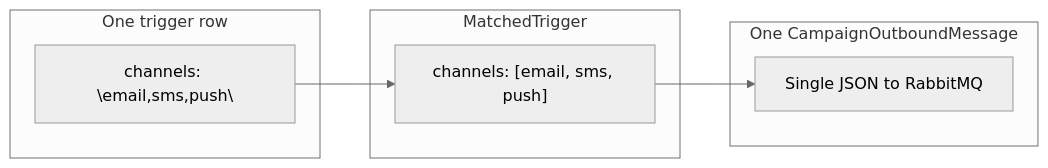
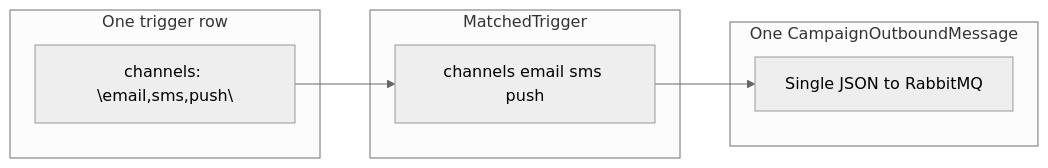
The fifth of 5 diagrams in flows/schedule-campaign.md (rishirathoregammasweep/Working), drawn with Mermaid (neutral theme) before and after one commit. The commit also changed other lines of this file, not shown here.

````diff
--- a/flows/schedule-campaign.md
+++ b/flows/schedule-campaign.md
@@ -299,16 +299,16 @@
 ```mermaid
 flowchart LR
   subgraph triggerRow["One trigger row"]
     CH_STR["channels: \"email,sms,push\""]
   end
 
   subgraph matched["MatchedTrigger"]
-    ARR["channels: [email, sms, push]"]
+    ARR["channels email sms push"]
   end
 
   subgraph msg["One CampaignOutboundMessage"]
     PAYLOAD["Single JSON to RabbitMQ"]
   end
 
   CH_STR --> ARR --> PAYLOAD
 ```
````
